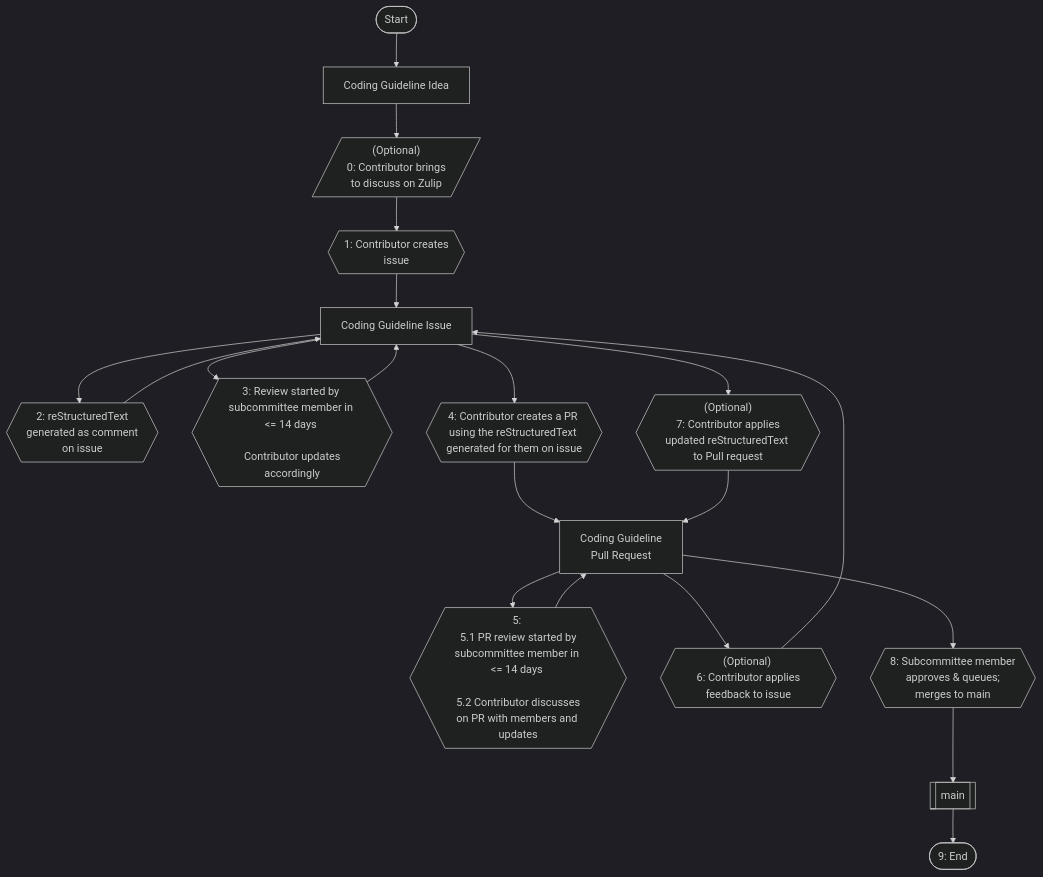
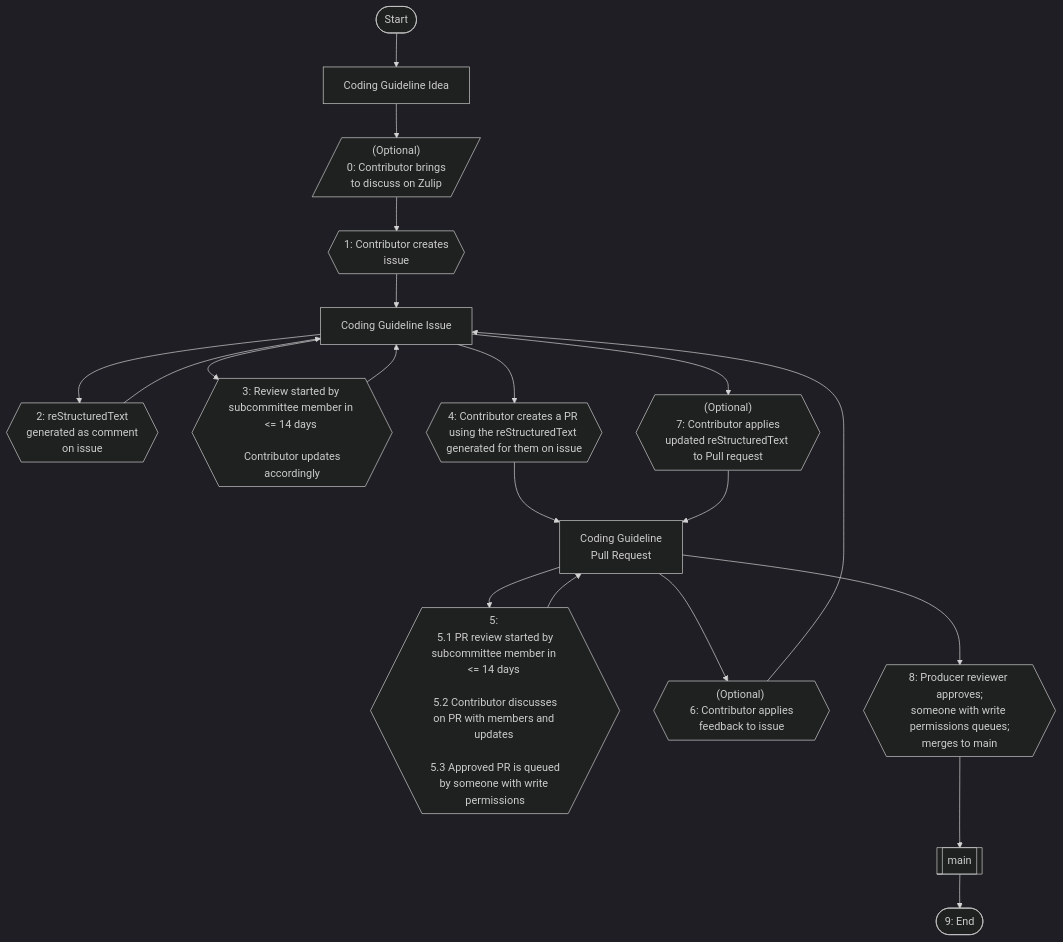
Before and after one commit to rustfoundation/safety-critical-rust-coding-guidelines: the diagram in CONTRIBUTING.md, drawn with Mermaid (dark theme). The commit also changed other lines of this file and 1 other file, not shown here.

````diff
--- a/CONTRIBUTING.md
+++ b/CONTRIBUTING.md
@@ -32,23 +32,23 @@
 ```mermaid
 flowchart TD
   Start(["Start"]) --> Idea["Coding Guideline Idea"]
   Idea --> Zulip[/"(Optional)<br>0: Contributor brings <br> to discuss on Zulip"/]
   Zulip --> CreateIssue{{"1: Contributor creates <br> issue"}}
   CreateIssue --> Issue["Coding Guideline Issue"]
 
   S2{{"2: reStructuredText <br> generated as comment <br> on issue"}} --> Issue
   Issue --> S2
 
   S3{{"3: Review started by subcommittee member in <= 14 days <br><br> Contributor updates accordingly"}} --> Issue
   Issue --> S3
 
   Issue --> S4{{"4: Contributor creates a PR using the reStructuredText generated for them on issue"}} --> PR["Coding Guideline<br>Pull Request"]
 
-  S5{{"5: <br> 5.1 PR review started by subcommittee member in <= 14 days <br><br> 5.2 Contributor discusses on PR with members and updates"}} --> PR
+  S5{{"5: <br> 5.1 PR review started by subcommittee member in <= 14 days <br><br> 5.2 Contributor discusses on PR with members and updates <br><br> 5.3 Approved PR is queued by someone with write permissions"}} --> PR
   PR --> S5
 
   PR --> S6{{"(Optional) <br> 6: Contributor applies feedback to issue"}} --> Issue
   Issue --> S7{{"(Optional)<br> 7: Contributor applies updated reStructuredText to Pull request"}} --> PR
-  PR --> S8{{"8: Subcommittee member <br> approves & queues;<br>merges to main"}} --> Main[[main]]
+  PR --> S8{{"8: Producer reviewer approves;<br>someone with write permissions queues;<br>merges to main"}} --> Main[[main]]
   Main --> End(["9: End"])
 ```
````
